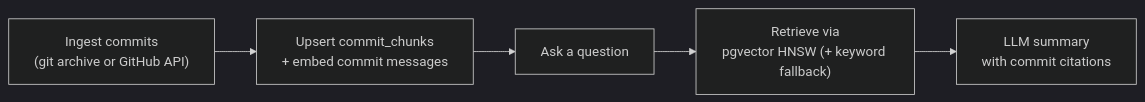
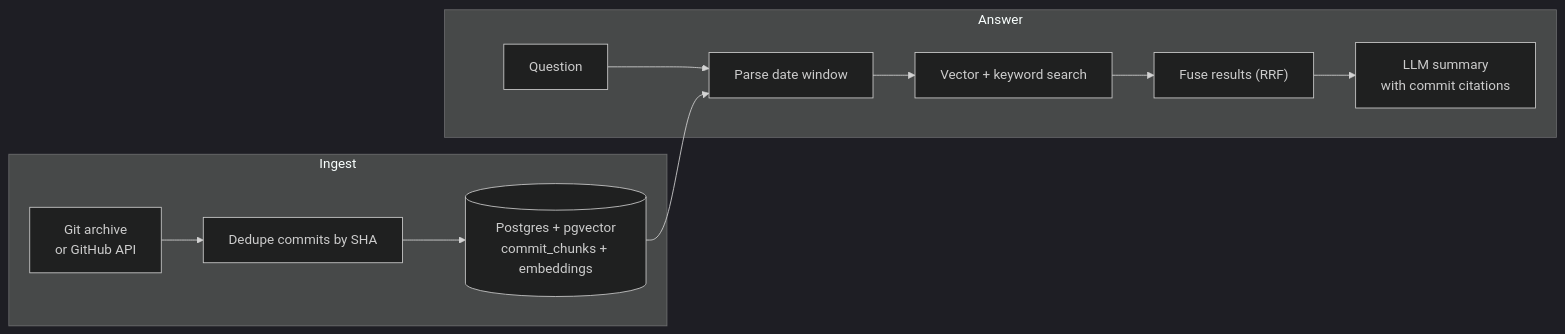
One commit to franciscoluna-28/Scrapecat changed the diagram in README.md. Above: the diagram before and after it, drawn with Mermaid (dark theme). The commit also changed other lines of this file and 8 other files, not shown here.

First line of the commit message:
docs: add launch community files and refresh architecture docs

````diff
--- a/README.md
+++ b/README.md
@@ -39,7 +39,14 @@
 ```mermaid
 flowchart LR
-    A["Ingest commits<br/>(git archive or GitHub API)"] --> B["Upsert commit_chunks<br/>+ embed commit messages"]
-    B --> C["Ask a question"]
-    C --> D["Retrieve via<br/>pgvector HNSW (+ keyword fallback)"]
-    D --> E["LLM summary<br/>with commit citations"]
+    subgraph ingest["Ingest"]
+        A["Git archive<br/>or GitHub API"] --> B["Dedupe commits by SHA"]
+        B --> C[("Postgres + pgvector<br/>commit_chunks + embeddings")]
+    end
+    subgraph answer["Answer"]
+        Q["Question"] --> D["Parse date window"]
+        C --> D
+        D --> E["Vector + keyword search"]
+        E --> F["Fuse results (RRF)"]
+        F --> G["LLM summary<br/>with commit citations"]
+    end
 ```
````
